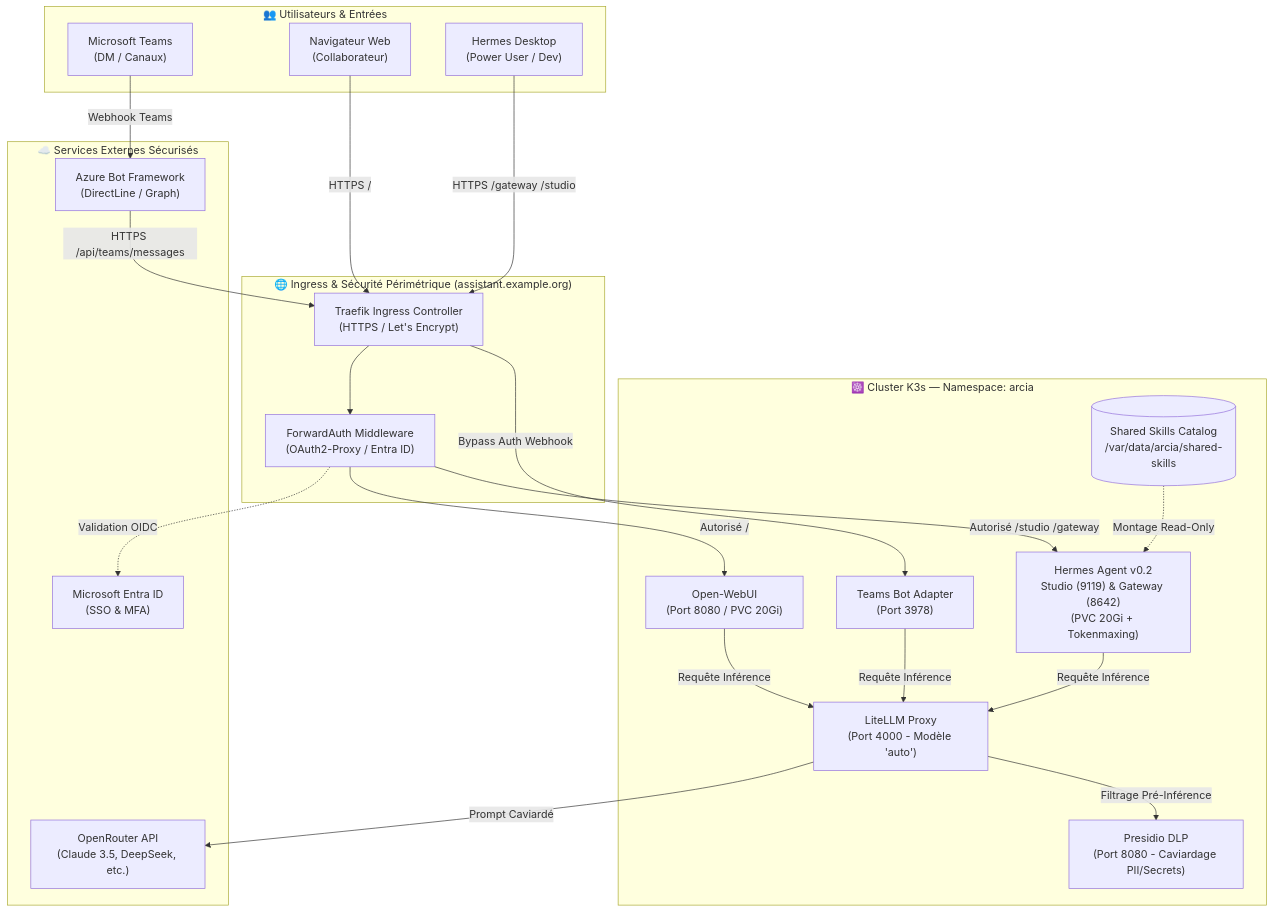
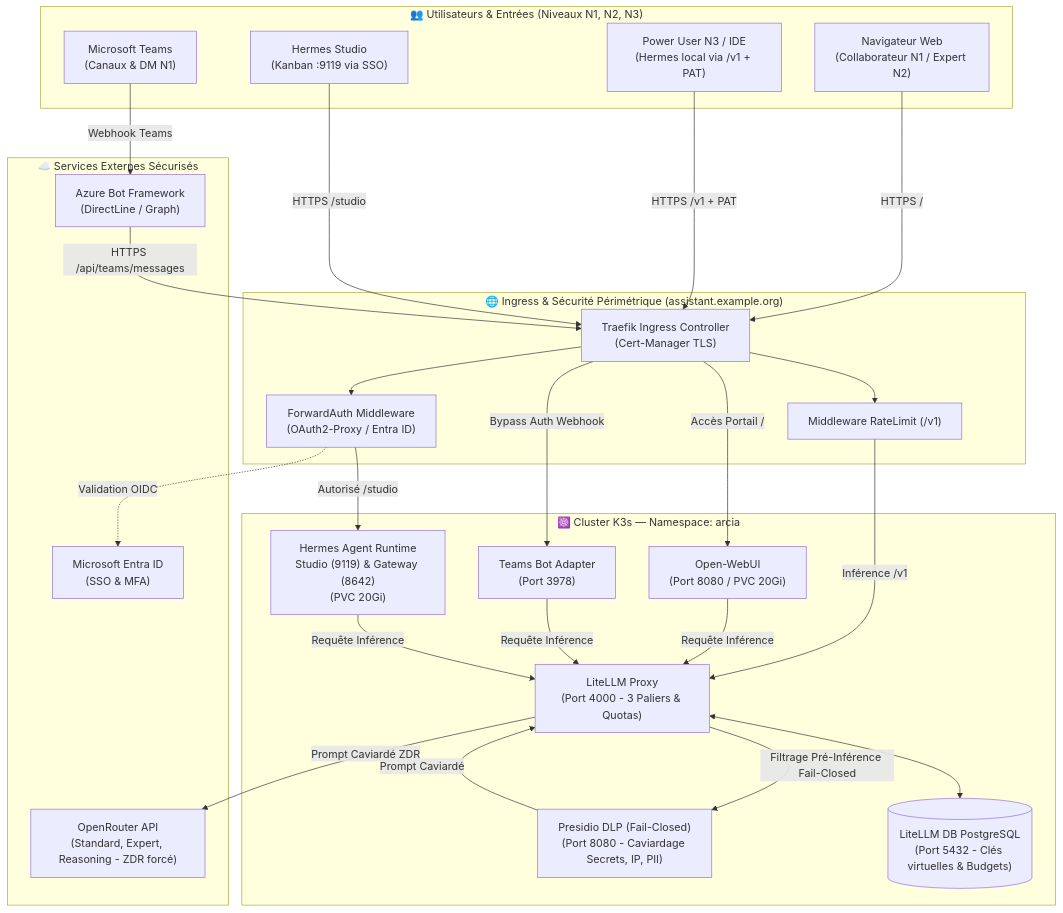
The diagram in docs/architecture.md (nicolastheuil/ArcIA), drawn with Mermaid before and after one commit. The commit also changed other lines of this file and 52 other files, not shown here.

````diff
--- a/docs/architecture.md
+++ b/docs/architecture.md
@@ -21,47 +28,55 @@
 ```mermaid
 flowchart TD
-    subgraph Utilisateurs ["👥 Utilisateurs & Entrées"]
-        Browser["Navigateur Web<br/>(Collaborateur)"]
-        TeamsClient["Microsoft Teams<br/>(DM / Canaux)"]
-        HermesDesk["Hermes Desktop<br/>(Power User / Dev)"]
+    subgraph Utilisateurs ["👥 Utilisateurs & Entrées (Niveaux N1, N2, N3)"]
+        Browser["Navigateur Web<br/>(Collaborateur N1 / Expert N2)"]
+        TeamsClient["Microsoft Teams<br/>(Canaux & DM N1)"]
+        PowerUser["Power User N3 / IDE<br/>(Hermes local via /v1 + PAT)"]
+        HermesDesk["Hermes Studio<br/>(Kanban :9119 via SSO)"]
     end
 
     subgraph IngressLayer ["🌐 Ingress & Sécurité Périmétrique (assistant.example.org)"]
-        Traefik["Traefik Ingress Controller<br/>(HTTPS / Let's Encrypt)"]
+        Traefik["Traefik Ingress Controller<br/>(Cert-Manager TLS)"]
         ForwardAuth["ForwardAuth Middleware<br/>(OAuth2-Proxy / Entra ID)"]
+        RateLimit["Middleware RateLimit (/v1)"]
     end
 
     subgraph ArcIANamespace ["☸️ Cluster K3s — Namespace: arcia"]
         WebUI["Open-WebUI<br/>(Port 8080 / PVC 20Gi)"]
         TeamsBot["Teams Bot Adapter<br/>(Port 3978)"]
-        HermesCore["Hermes Agent v0.2<br/>Studio (9119) & Gateway (8642)<br/>(PVC 20Gi + Tokenmaxing)"]
-        SkillsVol[("Shared Skills Catalog<br/>/var/data/arcia/shared-skills")]
-        Presidio["Presidio DLP<br/>(Port 8080 - Caviardage PII/Secrets)"]
-        LiteLLM["LiteLLM Proxy<br/>(Port 4000 - Modèle 'auto')"]
+        HermesCore["Hermes Agent Runtime<br/>Studio (9119) & Gateway (8642)<br/>(PVC 20Gi)"]
+        Presidio["Presidio DLP (Fail-Closed)<br/>(Port 8080 - Caviardage Secrets, IP, PII)"]
+        LiteLLM["LiteLLM Proxy<br/>(Port 4000 - 3 Paliers & Quotas)"]
+        LiteLLMDB[("LiteLLM DB PostgreSQL<br/>(Port 5432 - Clés virtuelles & Budgets)")]
     end
 
     subgraph CloudLayer ["☁️ Services Externes Sécurisés"]
-        OpenRouter["OpenRouter API<br/>(Claude 3.5, DeepSeek, etc.)"]
+        OpenRouter["OpenRouter API<br/>(Standard, Expert, Reasoning - ZDR forcé)"]
         EntraID["Microsoft Entra ID<br/>(SSO & MFA)"]
         AzureBot["Azure Bot Framework<br/>(DirectLine / Graph)"]
     end
 
     Browser -->|HTTPS /| Traefik
-    HermesDesk -->|HTTPS /gateway /studio| Traefik
+    PowerUser -->|HTTPS /v1 + PAT| Traefik
+    HermesDesk -->|HTTPS /studio| Traefik
     TeamsClient -->|Webhook Teams| AzureBot
     AzureBot -->|HTTPS /api/teams/messages| Traefik
 
     Traefik --> ForwardAuth
     ForwardAuth -.->|Validation OIDC| EntraID
-    ForwardAuth -->|Autorisé /| WebUI
-    ForwardAuth -->|Autorisé /studio /gateway| HermesCore
+    ForwardAuth -->|Autorisé /studio| HermesCore
+
+    Traefik --> RateLimit
+    RateLimit -->|Inférence /v1| LiteLLM
+
+    Traefik -->|Accès Portail /| WebUI
     Traefik -->|Bypass Auth Webhook| TeamsBot
 
     WebUI -->|Requête Inférence| LiteLLM
     TeamsBot -->|Requête Inférence| LiteLLM
     HermesCore -->|Requête Inférence| LiteLLM
-    SkillsVol -.->|Montage Read-Only| HermesCore
 
-    LiteLLM -->|Filtrage Pré-Inférence| Presidio
-    LiteLLM -->|Prompt Caviardé| OpenRouter
+    LiteLLM <--> LiteLLMDB
+    LiteLLM -->|Filtrage Pré-Inférence Fail-Closed| Presidio
+    Presidio -->|Prompt Caviardé| LiteLLM
+    LiteLLM -->|Prompt Caviardé ZDR| OpenRouter
 ```
````
